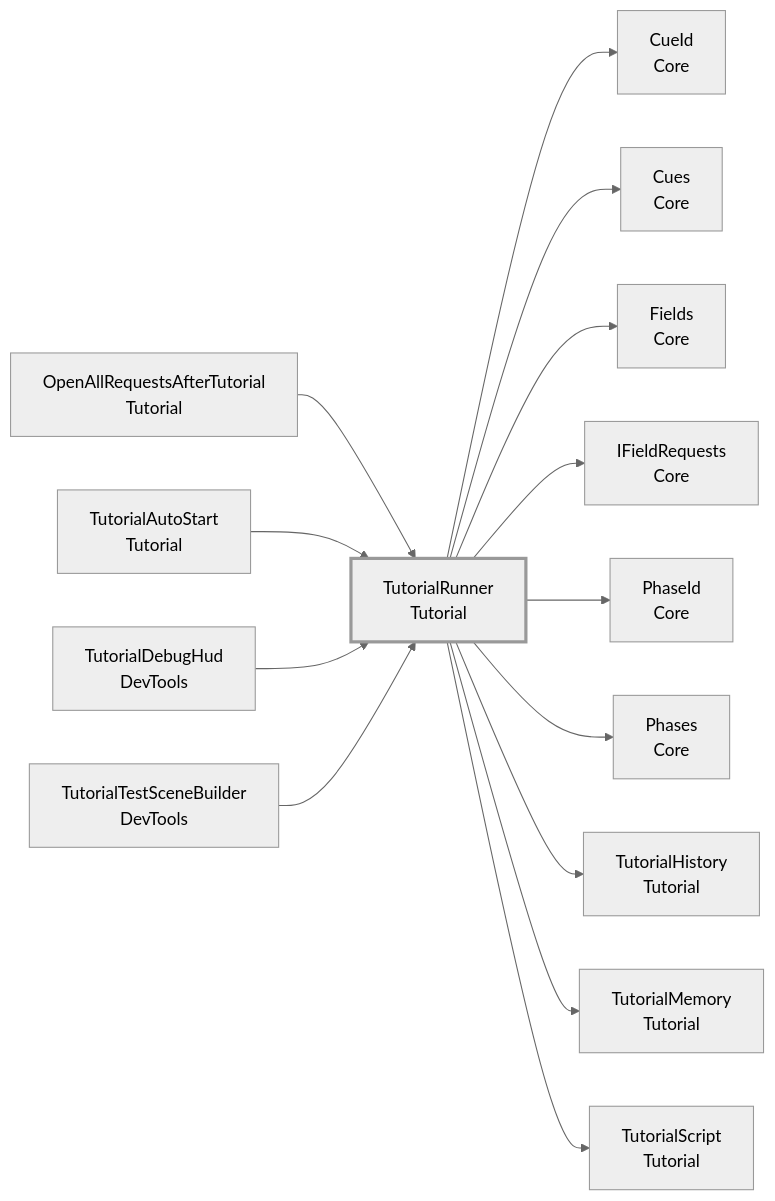
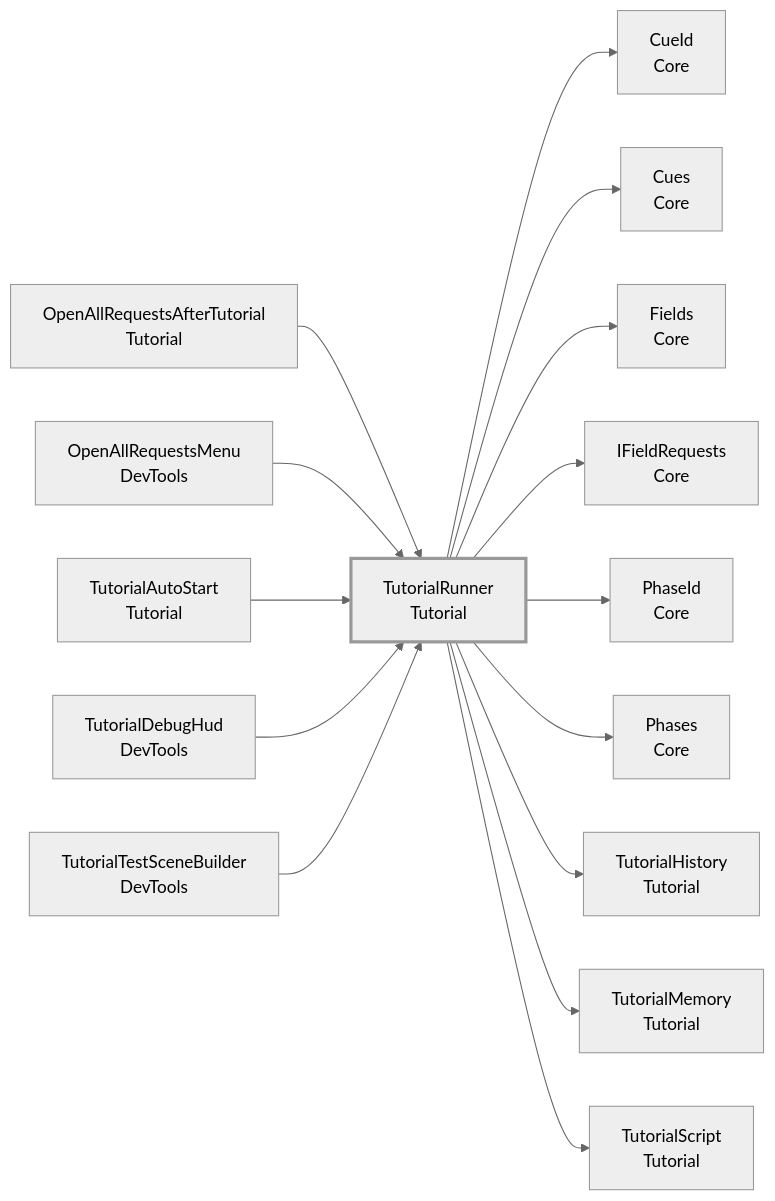
Diagram 17 of 20 in docs/api/Tutorial.md (Fialuxe/MouthOfGod_System), drawn with Mermaid (neutral theme) before and after one commit. The commit also changed other lines of this file and 28 other files, not shown here.

````diff
--- a/docs/api/Tutorial.md
+++ b/docs/api/Tutorial.md
@@ -1116,18 +1116,19 @@
 ```mermaid
 flowchart LR
   C_TutorialRunner["TutorialRunner<br/>Tutorial"]:::me
   U_OpenAllRequestsAfterTutorial["OpenAllRequestsAfterTutorial<br/>Tutorial"] --> C_TutorialRunner
+  U_OpenAllRequestsMenu["OpenAllRequestsMenu<br/>DevTools"] --> C_TutorialRunner
   U_TutorialAutoStart["TutorialAutoStart<br/>Tutorial"] --> C_TutorialRunner
   U_TutorialDebugHud["TutorialDebugHud<br/>DevTools"] --> C_TutorialRunner
   U_TutorialTestSceneBuilder["TutorialTestSceneBuilder<br/>DevTools"] --> C_TutorialRunner
   C_TutorialRunner --> D_CueId["CueId<br/>Core"]
   C_TutorialRunner --> D_Cues["Cues<br/>Core"]
   C_TutorialRunner --> D_Fields["Fields<br/>Core"]
   C_TutorialRunner --> D_IFieldRequests["IFieldRequests<br/>Core"]
   C_TutorialRunner --> D_PhaseId["PhaseId<br/>Core"]
   C_TutorialRunner --> D_Phases["Phases<br/>Core"]
   C_TutorialRunner --> D_TutorialHistory["TutorialHistory<br/>Tutorial"]
   C_TutorialRunner --> D_TutorialMemory["TutorialMemory<br/>Tutorial"]
   C_TutorialRunner --> D_TutorialScript["TutorialScript<br/>Tutorial"]
   classDef me stroke-width:3px
 ```
````
